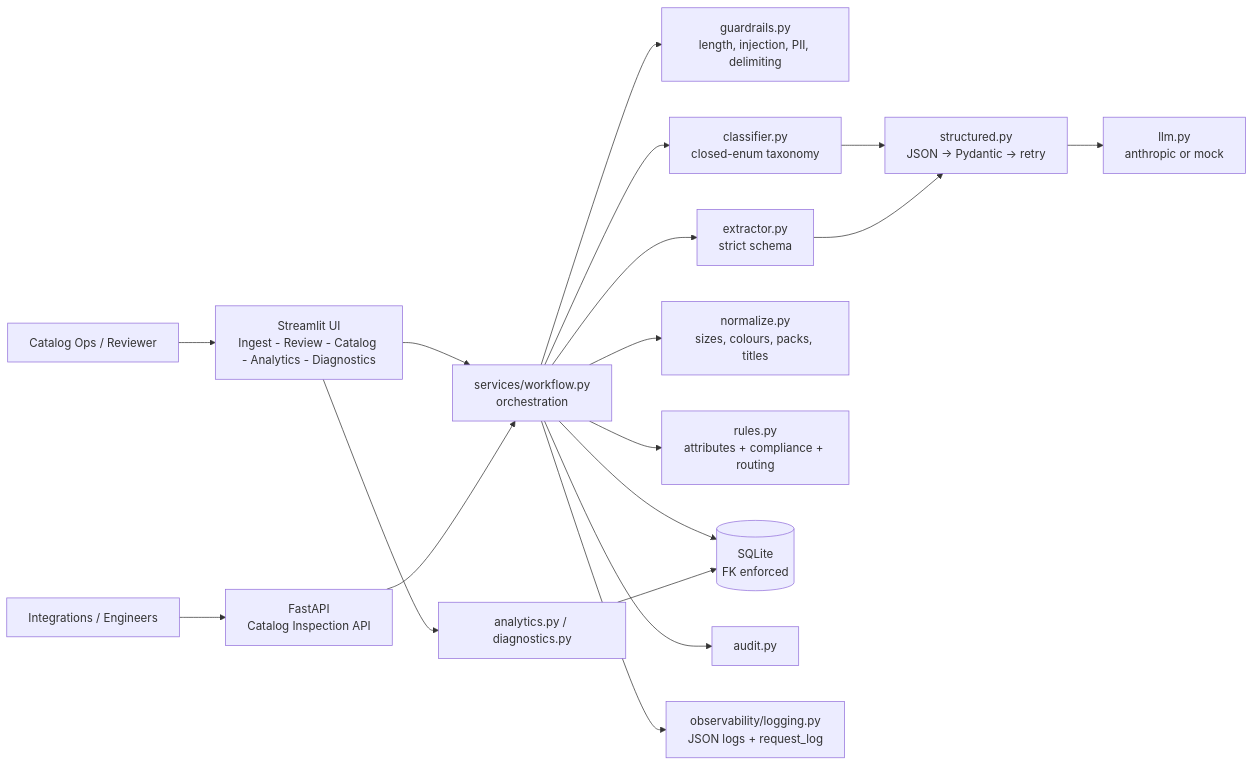
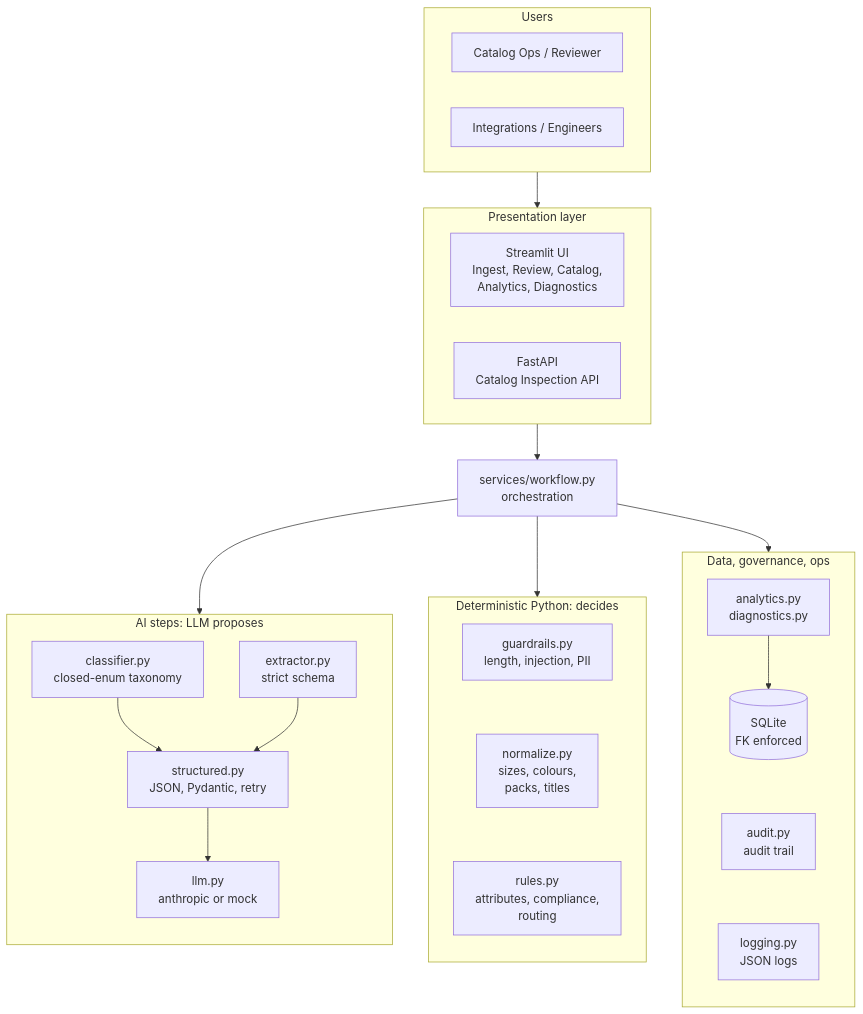
One commit to hemach-git/e-commerceOps changed the first of 3 diagrams in docs/architecture.md. Above: the diagram before and after it, drawn with Mermaid. The commit also changed other lines of this file and 6 other files, not shown here.

Commit message:
Readable architecture diagrams: layered layout, 3x render, landscape page for wide diagrams

````diff
--- a/docs/architecture.md
+++ b/docs/architecture.md
@@ -7,20 +7,45 @@
 ```mermaid
-flowchart LR
-    U[Catalog Ops / Reviewer] --> UI[Streamlit UI<br/>Ingest - Review - Catalog - Analytics - Diagnostics]
-    EXT[Integrations / Engineers] --> API[FastAPI<br/>Catalog Inspection API]
-    UI --> WF[services/workflow.py<br/>orchestration]
-    API --> WF
-    WF --> GR[guardrails.py<br/>length, injection, PII, delimiting]
-    WF --> CL[classifier.py<br/>closed-enum taxonomy]
-    WF --> EX[extractor.py<br/>strict schema]
-    CL --> SV[structured.py<br/>JSON -> Pydantic -> retry]
-    EX --> SV
-    SV --> LLM["llm.py<br/>anthropic or mock"]
-    WF --> NR[normalize.py<br/>sizes, colours, packs, titles]
-    WF --> RU[rules.py<br/>attributes + compliance + routing]
-    WF --> DB[(SQLite<br/>FK enforced)]
-    WF --> AU[audit.py]
-    WF --> OB[observability/logging.py<br/>JSON logs + request_log]
-    UI --> AN[analytics.py / diagnostics.py]
-    AN --> DB
+flowchart TB
+    subgraph USERS["Users"]
+        direction LR
+        U["Catalog Ops / Reviewer"]
+        EXT["Integrations / Engineers"]
+    end
+    subgraph PRES["Presentation layer"]
+        direction LR
+        UI["Streamlit UI<br/>Ingest, Review, Catalog,<br/>Analytics, Diagnostics"]
+        API["FastAPI<br/>Catalog Inspection API"]
+    end
+    WF["services/workflow.py<br/>orchestration"]
+    subgraph AI["AI steps: LLM proposes"]
+        direction TB
+        CL["classifier.py<br/>closed-enum taxonomy"]
+        EX["extractor.py<br/>strict schema"]
+        SV["structured.py<br/>JSON, Pydantic, retry"]
+        LLM["llm.py<br/>anthropic or mock"]
+        CL --> SV
+        EX --> SV
+        SV --> LLM
+    end
+    subgraph DET["Deterministic Python: decides"]
+        direction TB
+        GR["guardrails.py<br/>length, injection, PII"]
+        NR["normalize.py<br/>sizes, colours,<br/>packs, titles"]
+        RU["rules.py<br/>attributes, compliance,<br/>routing"]
+        GR ~~~ NR ~~~ RU
+    end
+    subgraph DATA["Data, governance, ops"]
+        direction TB
+        AN["analytics.py<br/>diagnostics.py"]
+        DB[("SQLite<br/>FK enforced")]
+        AU["audit.py<br/>audit trail"]
+        OB["logging.py<br/>JSON logs"]
+        AN --> DB
+        DB ~~~ AU ~~~ OB
+    end
+    USERS --> PRES
+    PRES --> WF
+    WF --> AI
+    WF --> DET
+    WF --> DATA
 ```
````
